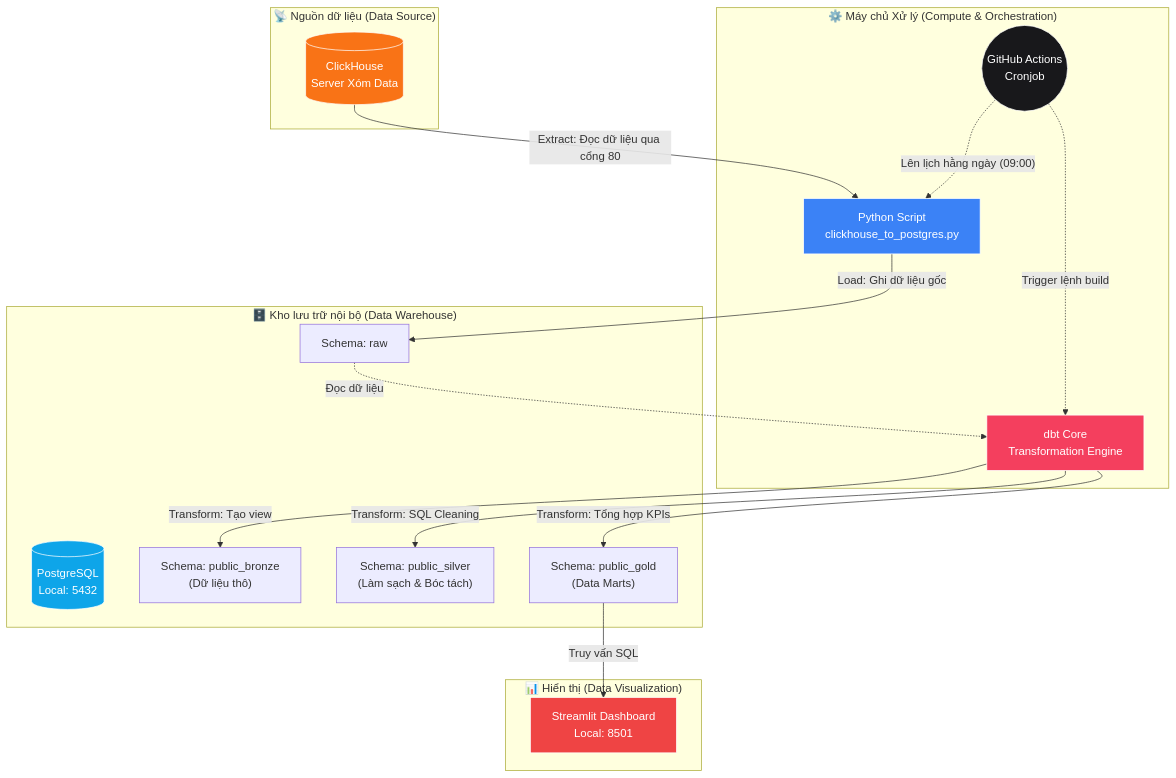
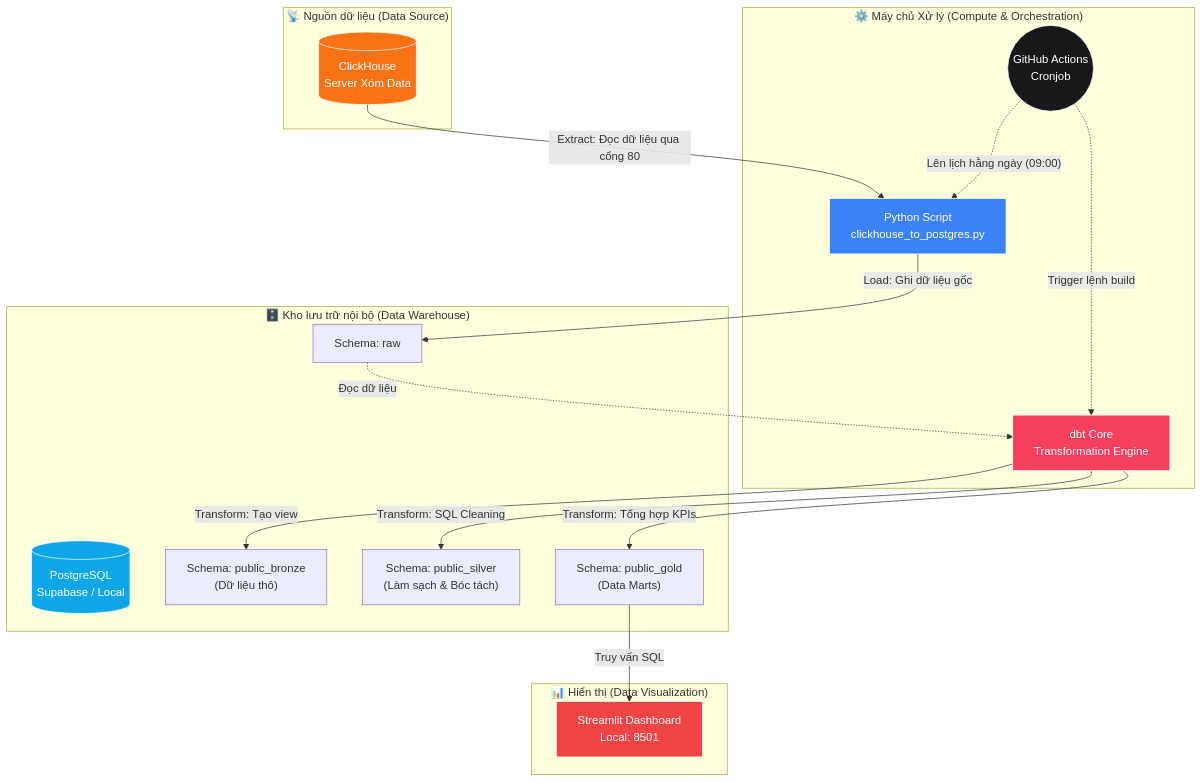
One commit to PhucTruong11/laplaptech_pipeline changed the first of 4 diagrams in README.md. Above: the diagram before and after it, drawn with Mermaid. The commit also changed other lines of this file and 1 other file, not shown here.

Commit message:
docs: add supabase to documentation

````diff
--- a/README.md
+++ b/README.md
@@ -11,44 +11,44 @@
 ```mermaid
 flowchart TD
     %% Định nghĩa các hệ thống
     subgraph Source ["📡 Nguồn dữ liệu (Data Source)"]
         CH[("ClickHouse<br>Server Xóm Data")]
     end
 
     subgraph Compute ["⚙️ Máy chủ Xử lý (Compute & Orchestration)"]
         PY["Python Script<br>clickhouse_to_postgres.py"]
         DBT["dbt Core<br>Transformation Engine"]
         GHA(("GitHub Actions<br>Cronjob"))
     end
 
     subgraph Storage ["🗄️ Kho lưu trữ nội bộ (Data Warehouse)"]
-        PG[("PostgreSQL<br>Local: 5432")]
+        PG[("PostgreSQL<br>Supabase / Local")]
         RAW["Schema: raw"]
         BRONZE["Schema: public_bronze<br>(Dữ liệu thô)"]
         SILVER["Schema: public_silver<br>(Làm sạch & Bóc tách)"]
         GOLD["Schema: public_gold<br>(Data Marts)"]
     end
 
     subgraph Presentation ["📊 Hiển thị (Data Visualization)"]
         ST["Streamlit Dashboard<br>Local: 8501"]
     end
 
     %% Mũi tên luồng dữ liệu
     CH -- "Extract: Đọc dữ liệu qua cổng 80" --> PY
     PY -- "Load: Ghi dữ liệu gốc" --> RAW
     RAW -. "Đọc dữ liệu" .-> DBT
     DBT -- "Transform: Tạo view" --> BRONZE
     DBT -- "Transform: SQL Cleaning" --> SILVER
     DBT -- "Transform: Tổng hợp KPIs" --> GOLD
     GOLD -- "Truy vấn SQL" --> ST
     GHA -. "Lên lịch hằng ngày (09:00)" .-> PY
     GHA -. "Trigger lệnh build" .-> DBT
 
     %% Đổ màu cho sơ đồ đẹp hơn
     style CH fill:#f97316,stroke:#fff,color:#fff
     style PY fill:#3b82f6,stroke:#fff,color:#fff
     style PG fill:#0ea5e9,stroke:#fff,color:#fff
     style DBT fill:#f43f5e,stroke:#fff,color:#fff
     style ST fill:#ef4444,stroke:#fff,color:#fff
     style GHA fill:#18181b,stroke:#fff,color:#fff
 ```
````
